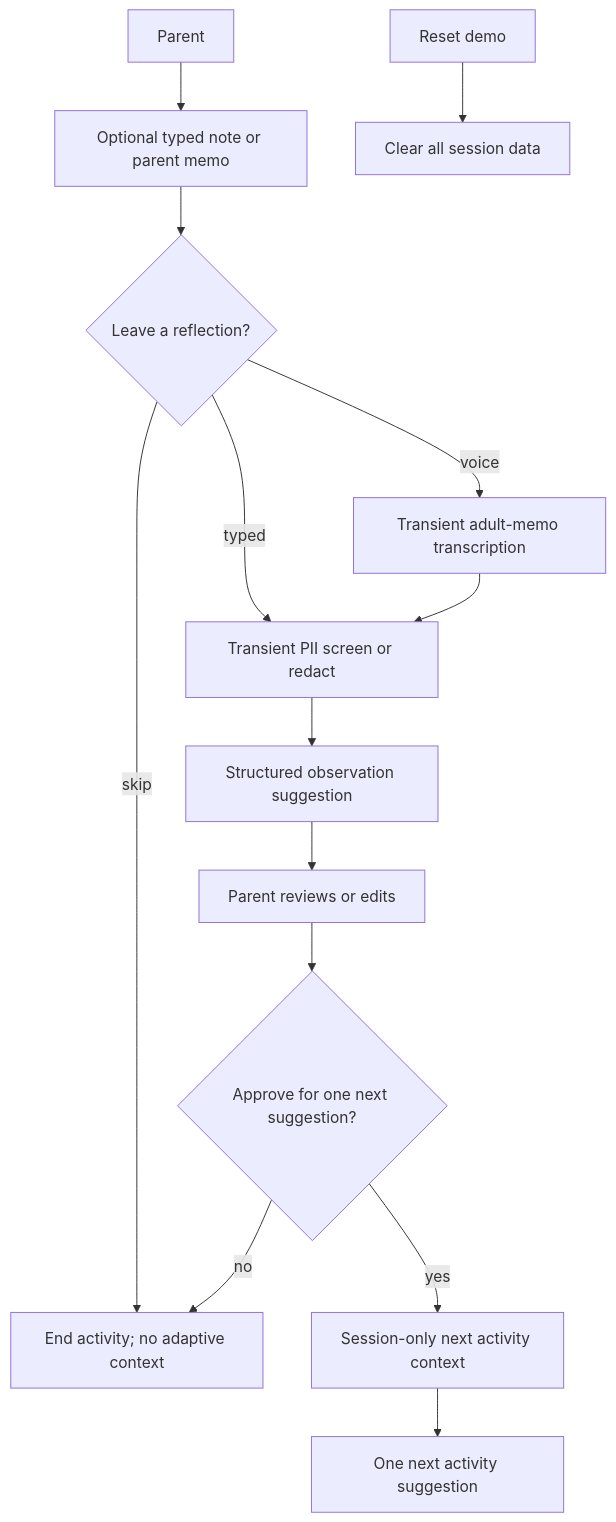
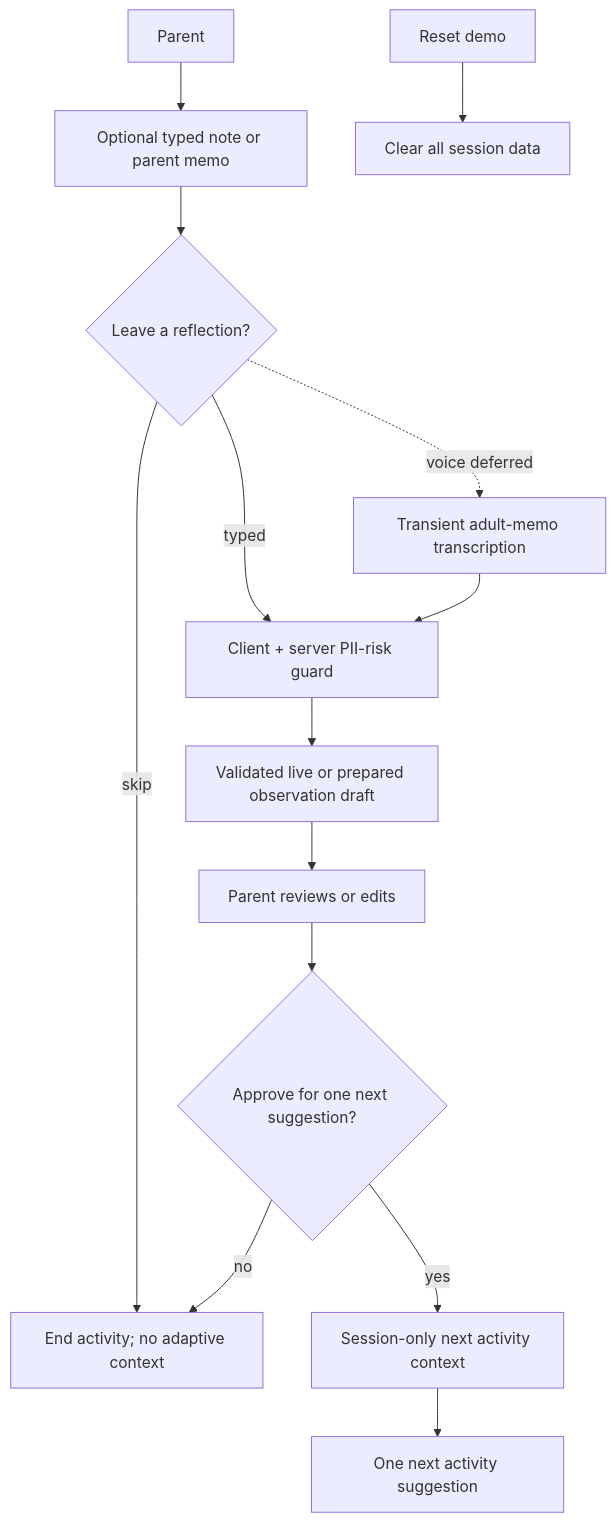
Before and after one commit to hqt08/RummageLab: the diagram in docs/observation-model.md, drawn with Mermaid. The commit also changed other lines of this file and 23 other files, not shown here.

````diff
--- a/docs/observation-model.md
+++ b/docs/observation-model.md
@@ -39,16 +43,16 @@
 ```mermaid
 flowchart TD
   Parent["Parent"] --> Reflection["Optional typed note or parent memo"]
   Reflection --> InputType{"Leave a reflection?"}
-  InputType -->|voice| Transcription["Transient adult-memo transcription"]
-  InputType -->|typed| Screen["Transient PII screen or redact"]
+  InputType -.->|voice deferred| Transcription["Transient adult-memo transcription"]
+  InputType -->|typed| Screen["Client + server PII-risk guard"]
   InputType -->|skip| End["End activity; no adaptive context"]
   Transcription --> Screen
-  Screen --> Suggestion["Structured observation suggestion"]
+  Screen --> Suggestion["Validated live or prepared observation draft"]
   Suggestion --> Review["Parent reviews or edits"]
   Review --> Approval{"Approve for one next suggestion?"}
   Approval -->|yes| Context["Session-only next activity context"]
   Approval -->|no| End
   Context --> Next["One next activity suggestion"]
   Reset["Reset demo"] --> Clear["Clear all session data"]
 ```
````
